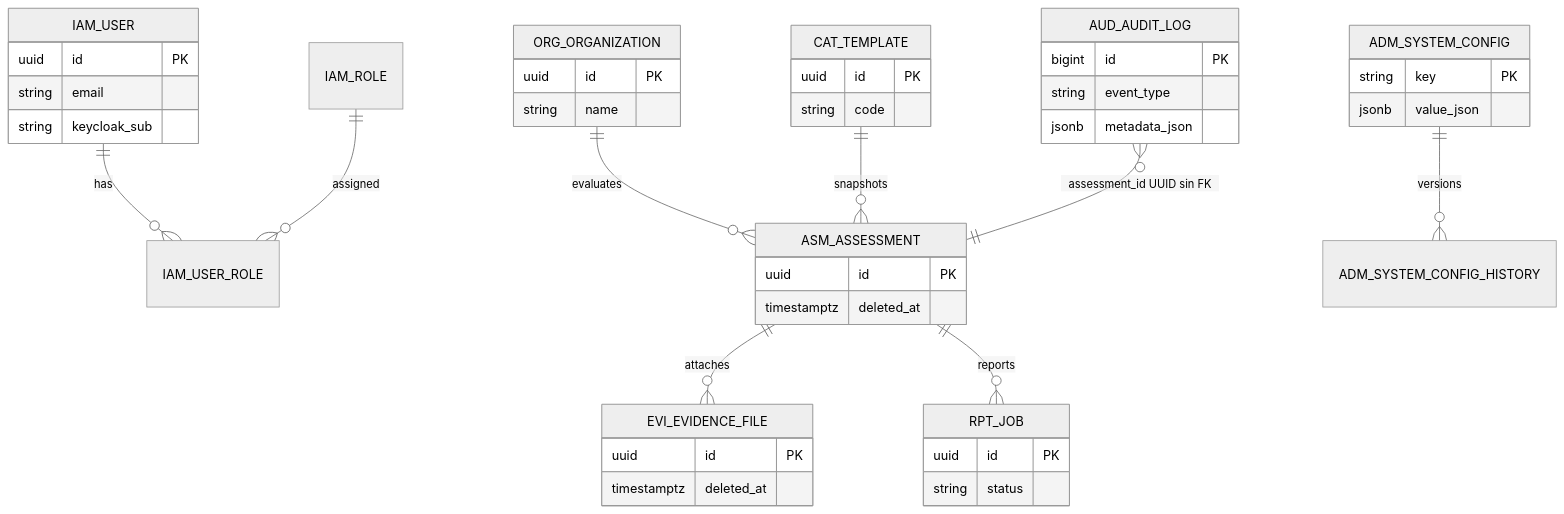
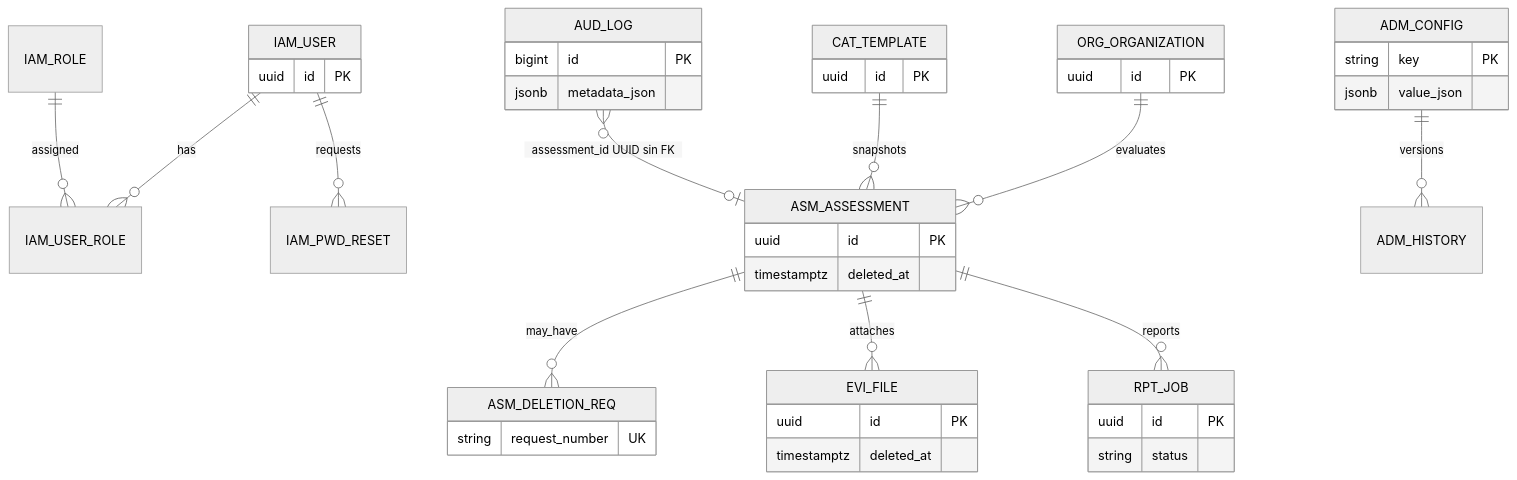
One commit to jdtovar07/MSPI_NVA_CO_DOCS changed the fourth of 10 diagrams in Documentacion-General/15-Diagramas-C4-y-Secuencias.md. Above: the diagram before and after it, drawn with Mermaid (neutral theme). The commit also changed other lines of this file and 1 other file, not shown here.

First line of the commit message:
docs: expand C4, deployment, ER and key sequence diagrams

````diff
--- a/Documentacion-General/15-Diagramas-C4-y-Secuencias.md
+++ b/Documentacion-General/15-Diagramas-C4-y-Secuencias.md
@@ -93,46 +183,23 @@
 ```mermaid
 erDiagram
     IAM_USER ||--o{ IAM_USER_ROLE : has
     IAM_ROLE ||--o{ IAM_USER_ROLE : assigned
+    IAM_USER ||--o{ IAM_PWD_RESET : requests
     ORG_ORGANIZATION ||--o{ ASM_ASSESSMENT : evaluates
     CAT_TEMPLATE ||--o{ ASM_ASSESSMENT : snapshots
-    ASM_ASSESSMENT ||--o{ EVI_EVIDENCE_FILE : attaches
+    ASM_ASSESSMENT ||--o{ ASM_DELETION_REQ : may_have
+    ASM_ASSESSMENT ||--o{ EVI_FILE : attaches
     ASM_ASSESSMENT ||--o{ RPT_JOB : reports
-    AUD_AUDIT_LOG }o--|| ASM_ASSESSMENT : "assessment_id UUID sin FK"
-    ADM_SYSTEM_CONFIG ||--o{ ADM_SYSTEM_CONFIG_HISTORY : versions
+    AUD_LOG }o--o| ASM_ASSESSMENT : "assessment_id UUID sin FK"
+    ADM_CONFIG ||--o{ ADM_HISTORY : versions
 
-    IAM_USER {
-        uuid id PK
-        string email
-        string keycloak_sub
-    }
-    ORG_ORGANIZATION {
-        uuid id PK
-        string name
-    }
-    CAT_TEMPLATE {
-        uuid id PK
-        string code
-    }
-    ASM_ASSESSMENT {
-        uuid id PK
-        timestamptz deleted_at
-    }
-    EVI_EVIDENCE_FILE {
-        uuid id PK
-        timestamptz deleted_at
-    }
-    RPT_JOB {
-        uuid id PK
-        string status
-    }
-    AUD_AUDIT_LOG {
-        bigint id PK
-        string event_type
-        jsonb metadata_json
-    }
-    ADM_SYSTEM_CONFIG {
-        string key PK
-        jsonb value_json
-    }
+    IAM_USER { uuid id PK }
+    ORG_ORGANIZATION { uuid id PK }
+    CAT_TEMPLATE { uuid id PK }
+    ASM_ASSESSMENT { uuid id PK timestamptz deleted_at }
+    ASM_DELETION_REQ { string request_number UK }
+    EVI_FILE { uuid id PK timestamptz deleted_at }
+    RPT_JOB { uuid id PK string status }
+    AUD_LOG { bigint id PK jsonb metadata_json }
+    ADM_CONFIG { string key PK jsonb value_json }
 ```
````
